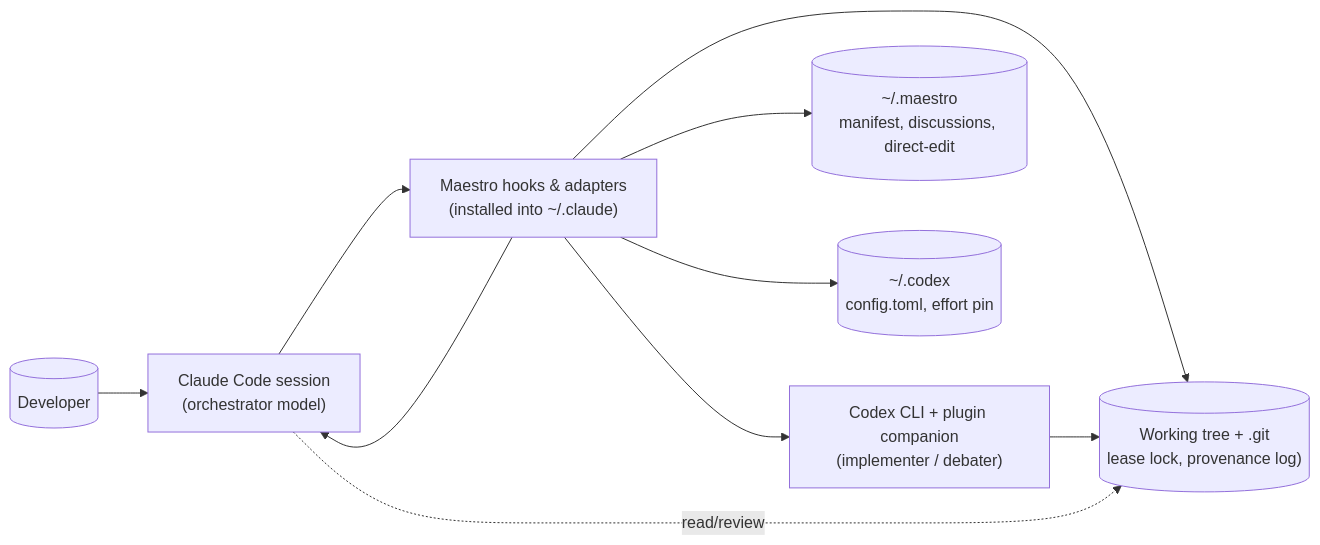
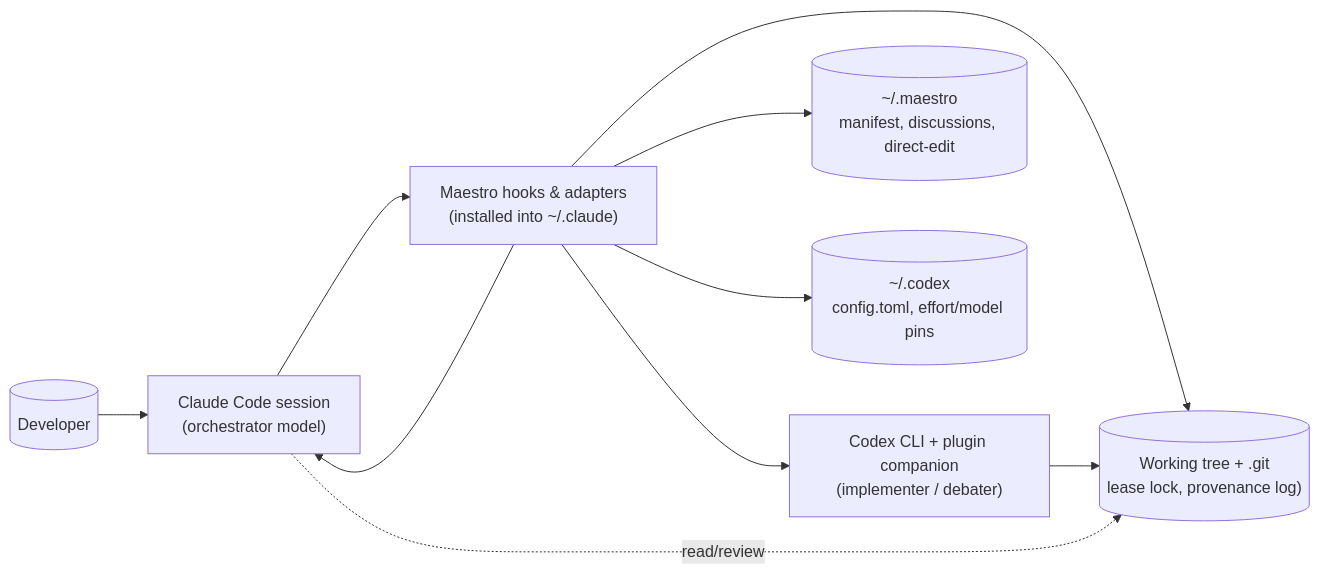
Before and after one commit to PyModel/maestro: the first of 4 diagrams in ARCHITECTURE.md, drawn with Mermaid. The commit also changed other lines of this file and 8 other files, not shown here.

First line of the commit message:
feat: role-scoped Codex model pin and max-effort implementation dispatches (#8)

````diff
--- a/ARCHITECTURE.md
+++ b/ARCHITECTURE.md
@@ -594,20 +598,20 @@
 ```mermaid
 flowchart LR
     U[("Developer")]
     CC["Claude Code session<br/>(orchestrator model)"]
     CX["Codex CLI + plugin companion<br/>(implementer / debater)"]
     HOOKS["Maestro hooks & adapters<br/>(installed into ~/.claude)"]
     GIT[("Working tree + .git<br/>lease lock, provenance log)")]
     MAE[("~/.maestro<br/>manifest, discussions, direct-edit")]
-    COD[("~/.codex<br/>config.toml, effort pin")]
+    COD[("~/.codex<br/>config.toml, effort/model pins")]
 
     U --> CC
     CC --> HOOKS
     HOOKS --> CC
     HOOKS --> CX
     HOOKS --> GIT
     HOOKS --> MAE
     HOOKS --> COD
     CX --> GIT
     CC -.read/review.-> GIT
 ```
````
